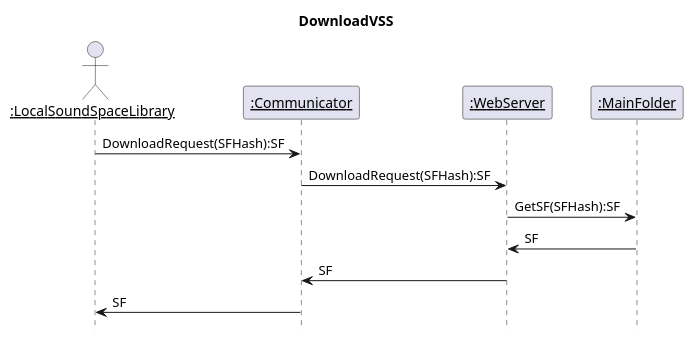
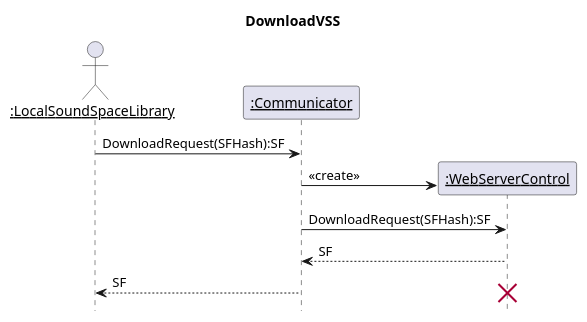
Before and after one commit to kpp19920121/doc: diagram 21 of 39 in 设计/顺序图.md, drawn with PlantUML. The commit also changed other lines of this file, not shown here.

Commit message:
更新了含服务器端部分的顺序图

````diff
--- a/设计/顺序图.md
+++ b/设计/顺序图.md
@@ -729,17 +724,17 @@
 ```PlantUML
 @startuml Diagrams/DownloadVSSServerSequenceDiagram
 title DownloadVSS
 hide footbox
 skinparam sequenceParticipant underline
 actor ":LocalSoundSpaceLibrary" as Client
 participant ":Communicator" as Communicator
-participant ":WebServer" as WebServer
-participant ":MainFolder" as Folder
+participant ":WebServerControl" as WebServer
 Client->Communicator:DownloadRequest(SFHash):SF
+create WebServer
+Communicator->WebServer:<<create>>
 Communicator->WebServer:DownloadRequest(SFHash):SF
-WebServer->Folder:GetSF(SFHash):SF
-Folder->WebServer:SF
-WebServer->Communicator:SF
-Communicator->Client:SF
+WebServer-->Communicator:SF
+Communicator-->Client:SF
+destroy WebServer
 @enduml
 ```
````
